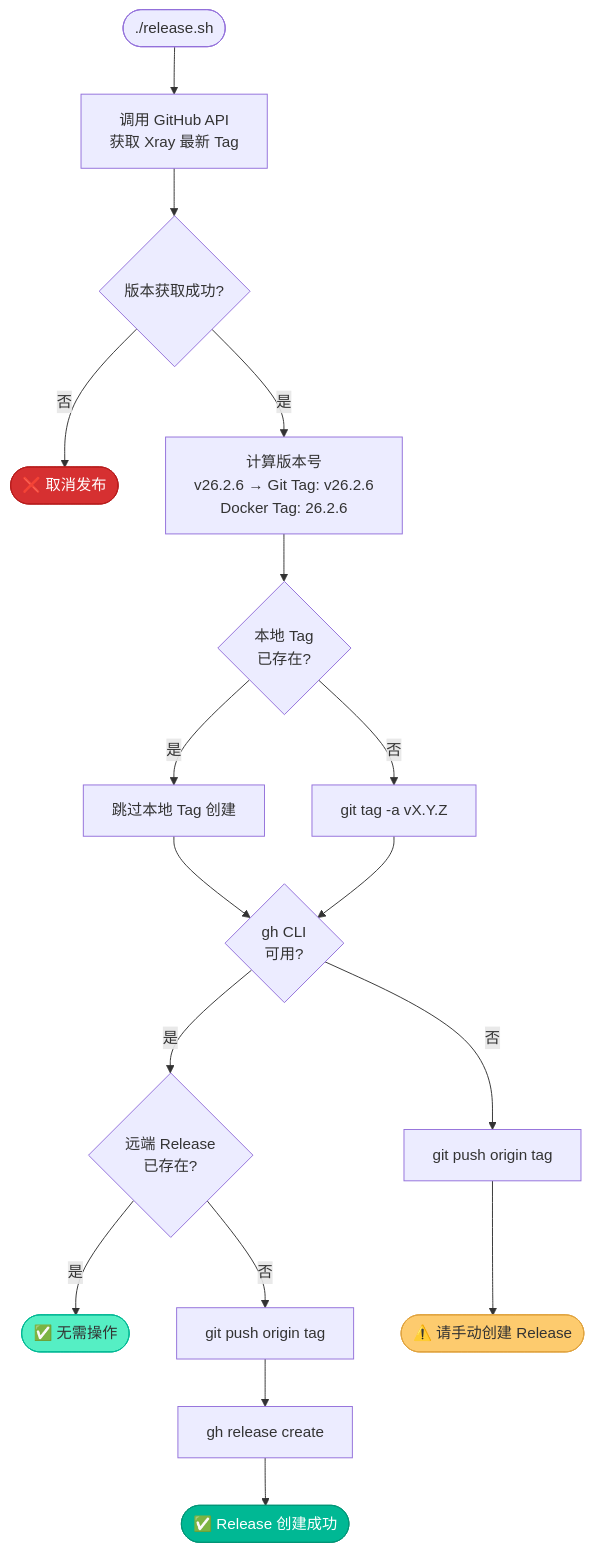
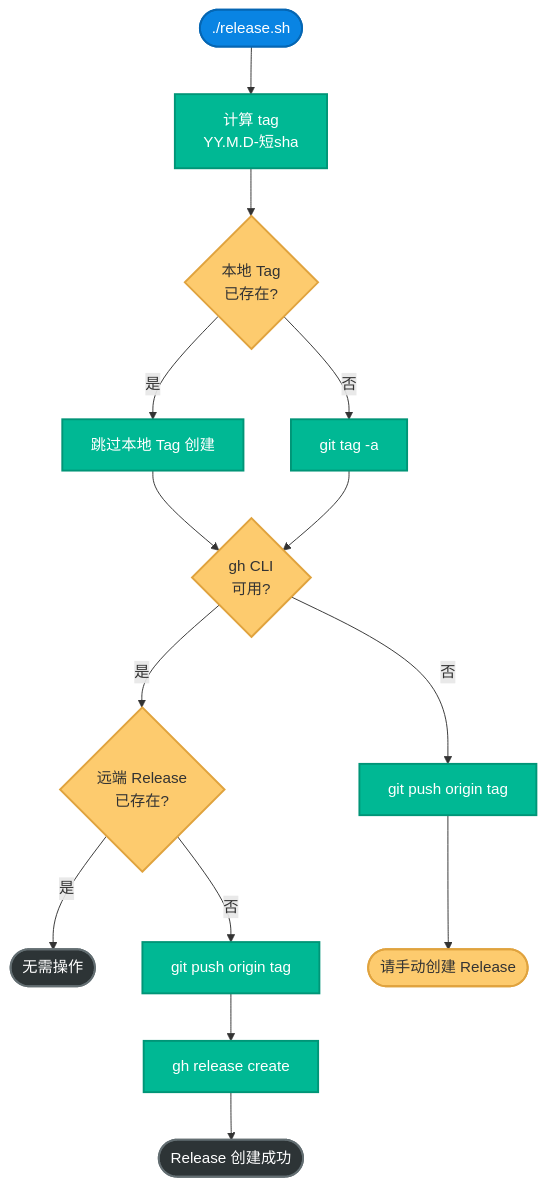
One commit to currycan/sb-xray changed the third of 4 diagrams in docs/00-build-release.md. Above: the diagram before and after it, drawn with Mermaid. The commit also changed other lines of this file and 2 other files, not shown here.

First line of the commit message:
feat: 本地 build.sh/release.sh 镜像 tag 改为 YY.M.D-sha（对齐 CI）

````diff
--- a/docs/00-build-release.md
+++ b/docs/00-build-release.md
@@ -403,26 +420,22 @@
 ```mermaid
 flowchart TD
-    Start(["./release.sh"]) --> Fetch["调用 GitHub API<br/>获取 Xray 最新 Tag"]
-    Fetch --> Valid{"版本获取成功?"}
-    Valid -- 否 --> Abort(["❌ 取消发布"])
-    Valid -- 是 --> CalcTag["计算版本号<br/>v26.2.6 → Git Tag: v26.2.6<br/>Docker Tag: 26.2.6"]
+    Start(["./release.sh"]):::entry --> CalcTag["计算 tag<br/>YY.M.D-短sha"]:::process
+    CalcTag --> LocalTag{"本地 Tag<br/>已存在?"}:::decision
+    LocalTag -- 是 --> SkipTag["跳过本地 Tag 创建"]:::process
+    LocalTag -- 否 --> CreateTag["git tag -a"]:::process
+    SkipTag --> GhCli{"gh CLI<br/>可用?"}:::decision
+    CreateTag --> GhCli
+    GhCli -- 是 --> RemoteCheck{"远端 Release<br/>已存在?"}:::decision
+    RemoteCheck -- 是 --> Done(["无需操作"]):::terminal
+    RemoteCheck -- 否 --> Push1["git push origin tag"]:::process
+    Push1 --> CreateRelease["gh release create"]:::process
+    CreateRelease --> Done2(["Release 创建成功"]):::terminal
+    GhCli -- 否 --> Push2["git push origin tag"]:::process
+    Push2 --> Manual(["请手动创建 Release"]):::gateway
 
-    CalcTag --> LocalTag{"本地 Tag<br/>已存在?"}
-    LocalTag -- 是 --> SkipTag["跳过本地 Tag 创建"]
-    LocalTag -- 否 --> CreateTag["git tag -a vX.Y.Z"]
-
-    SkipTag --> GhCli
-    CreateTag --> GhCli{"gh CLI<br/>可用?"}
-
-    GhCli -- 是 --> RemoteCheck{"远端 Release<br/>已存在?"}
-    RemoteCheck -- 是 --> Done(["✅ 无需操作"])
-    RemoteCheck -- 否 --> Push1["git push origin tag"] --> CreateRelease["gh release create"]
-    CreateRelease --> Done2(["✅ Release 创建成功"])
-
-    GhCli -- 否 --> Push2["git push origin tag"] --> Manual(["⚠️ 请手动创建 Release"])
-
-    style Abort fill:#d63031,stroke:#b71c1c,color:#fff
-    style Done fill:#55efc4,stroke:#00b894,color:#333
-    style Done2 fill:#00b894,stroke:#009577,color:#fff
-    style Manual fill:#fdcb6e,stroke:#e0a33e,color:#333
+    classDef entry    fill:#0984e3,stroke:#0566b3,stroke-width:2px,color:#fff
+    classDef process  fill:#00b894,stroke:#009577,stroke-width:2px,color:#fff
+    classDef decision fill:#fdcb6e,stroke:#e0a33e,stroke-width:2px,color:#333
+    classDef gateway  fill:#fdcb6e,stroke:#e0a33e,stroke-width:2px,color:#333
+    classDef terminal fill:#2d3436,stroke:#636e72,stroke-width:2px,color:#fff
 ```
````
